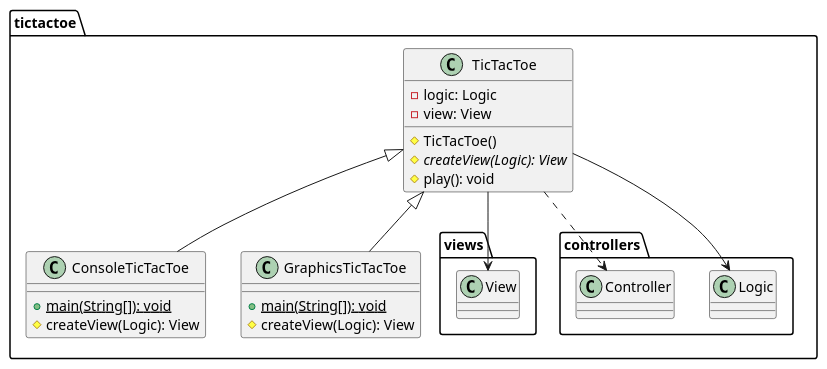
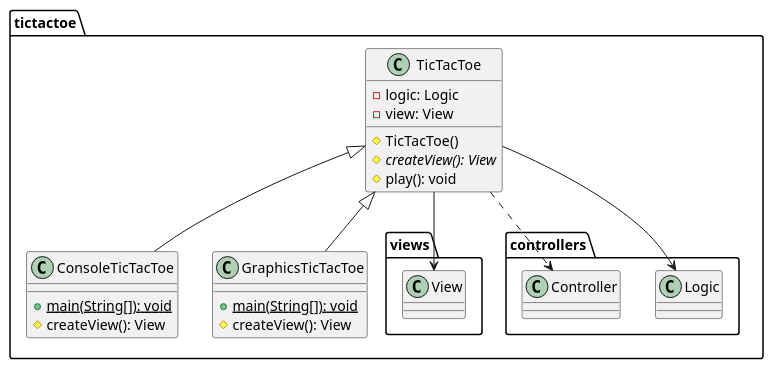
Before and after one commit to x-USantaTecla-game-ticTacToe/java: the second of 4 diagrams in docs/src/docs/asciidoc/index.adoc, drawn with PlantUML. The commit also changed other lines of this file and 12 other files, not shown here.

```diff
--- a/docs/src/docs/asciidoc/index.adoc
+++ b/docs/src/docs/asciidoc/index.adoc
@@ -80,27 +80,27 @@
 [plantuml,tictactoeVersion7,svg]
 ....
 
 class  tictactoe.ConsoleTicTacToe{
 + {static} main(String[]): void
-# createView(Logic): View
+# createView(): View
 }
 tictactoe.TicTacToe <|-down- tictactoe.ConsoleTicTacToe
 
 class  tictactoe.GraphicsTicTacToe{
 + {static} main(String[]): void
-# createView(Logic): View
+# createView(): View
 }
 tictactoe.TicTacToe <|-down- tictactoe.GraphicsTicTacToe
 
 class  tictactoe.TicTacToe{
 - logic: Logic
 - view: View
 # TicTacToe()
-# {abstract} createView(Logic): View
+# {abstract} createView(): View
 # play(): void
 }
 tictactoe.TicTacToe --> tictactoe.views.View
 tictactoe.TicTacToe --> tictactoe.controllers.Logic
 tictactoe.TicTacToe ..> tictactoe.controllers.Controller
 
 ....
```
